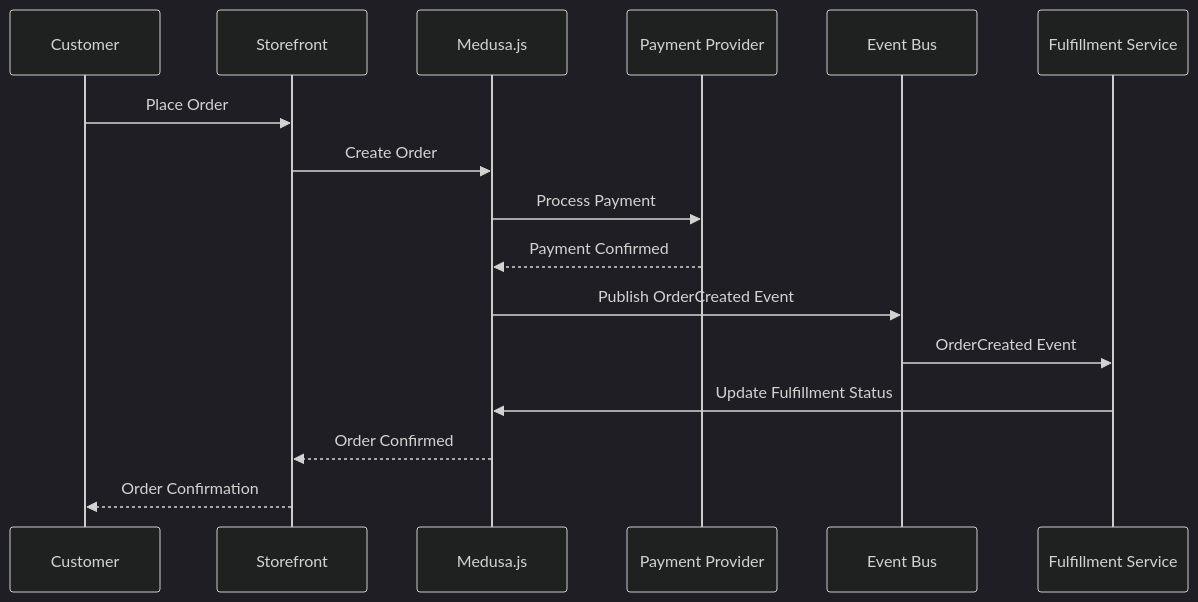
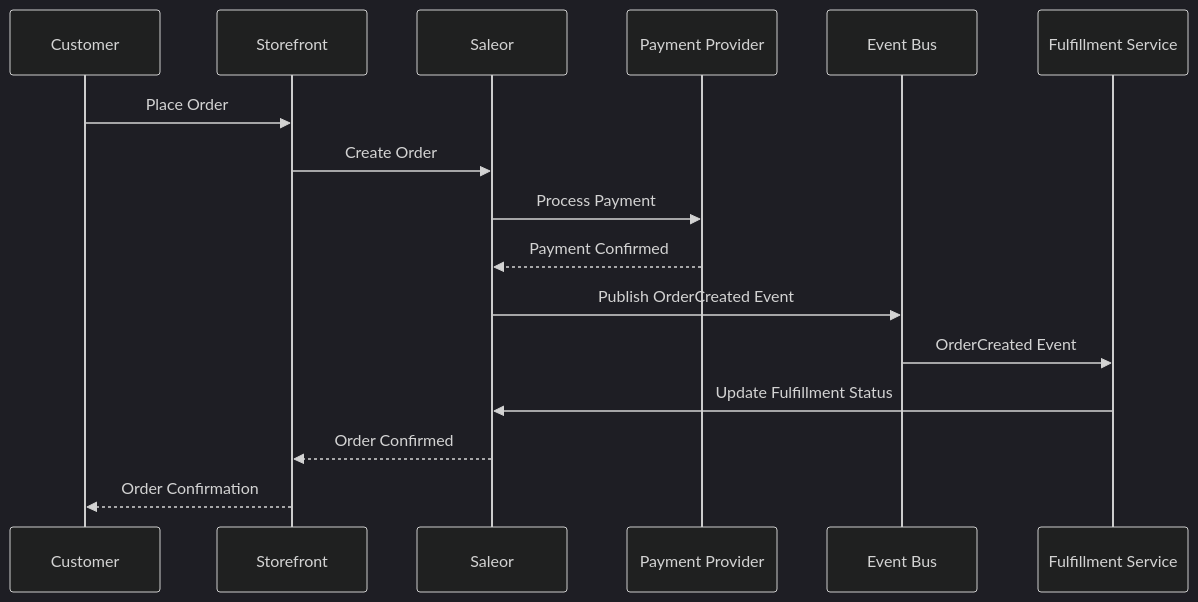
Before and after one commit to mprolabs/statamic-to-medusa-migration: the fourth of 8 diagrams in docs/architecture/system-architecture.md, drawn with Mermaid (dark theme). The commit also changed other lines of this file and 123 other files, not shown here.

````diff
--- a/docs/architecture/system-architecture.md
+++ b/docs/architecture/system-architecture.md
@@ -225,19 +199,19 @@
 ```mermaid
 sequenceDiagram
     participant Customer as Customer
     participant Storefront as Storefront
-    participant Medusa as Medusa.js
+    participant Saleor as Saleor
     participant Payment as Payment Provider
     participant Events as Event Bus
     participant Fulfillment as Fulfillment Service
     
     Customer->>Storefront: Place Order
-    Storefront->>Medusa: Create Order
-    Medusa->>Payment: Process Payment
-    Payment-->>Medusa: Payment Confirmed
-    Medusa->>Events: Publish OrderCreated Event
+    Storefront->>Saleor: Create Order
+    Saleor->>Payment: Process Payment
+    Payment-->>Saleor: Payment Confirmed
+    Saleor->>Events: Publish OrderCreated Event
     Events->>Fulfillment: OrderCreated Event
-    Fulfillment->>Medusa: Update Fulfillment Status
-    Medusa-->>Storefront: Order Confirmed
+    Fulfillment->>Saleor: Update Fulfillment Status
+    Saleor-->>Storefront: Order Confirmed
     Storefront-->>Customer: Order Confirmation
 ```
````
